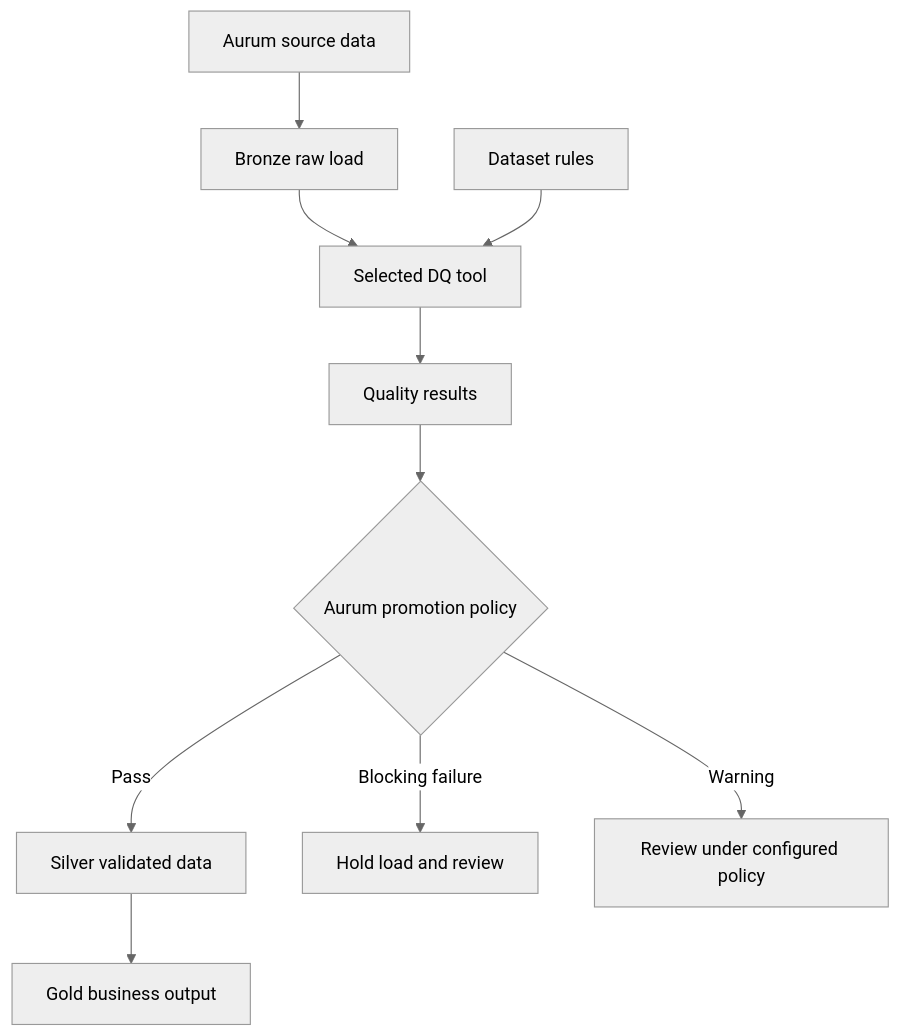
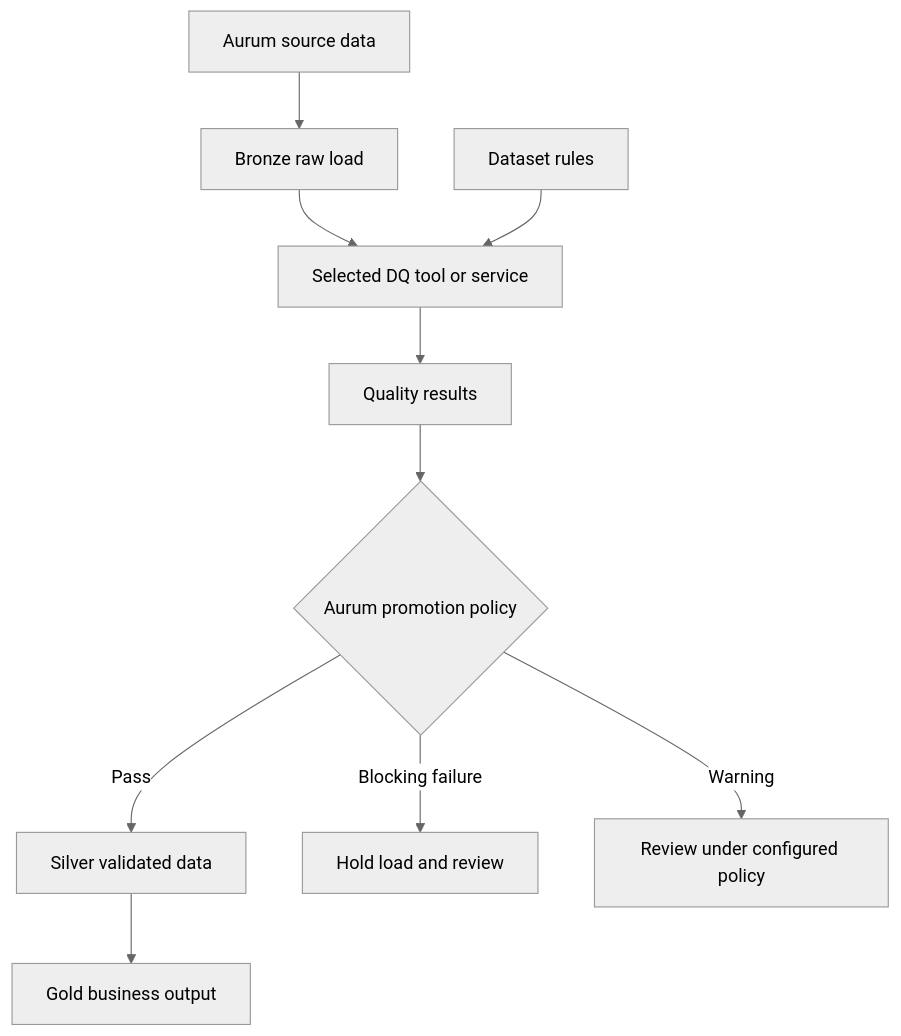
One commit to Prakharm927/aurum-data-quality-research changed the first of 3 diagrams in docs/diagrams.md. Above: the diagram before and after it, drawn with Mermaid (neutral theme). The commit also changed other lines of this file, not shown here.

Commit message:
Add Group 2 cloud DQ diagrams and navigation

````diff
--- a/docs/diagrams.md
+++ b/docs/diagrams.md
@@ -7,12 +7,12 @@
 ```mermaid
 flowchart TD
   source["Aurum source data"] --> bronze["Bronze raw load"]
-  bronze --> runner["Selected DQ tool"]
+  bronze --> runner["Selected DQ tool or service"]
   rules["Dataset rules"] --> runner
   runner --> results["Quality results"]
   results --> policy{"Aurum promotion policy"}
   policy -->|"Pass"| silver["Silver validated data"]
   policy -->|"Blocking failure"| hold["Hold load and review"]
   policy -->|"Warning"| review["Review under configured policy"]
   silver --> gold["Gold business output"]
 ```
````
